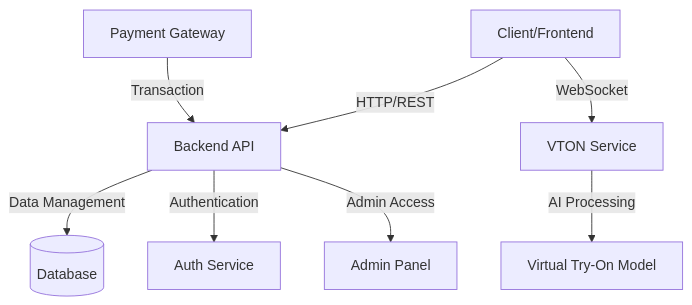
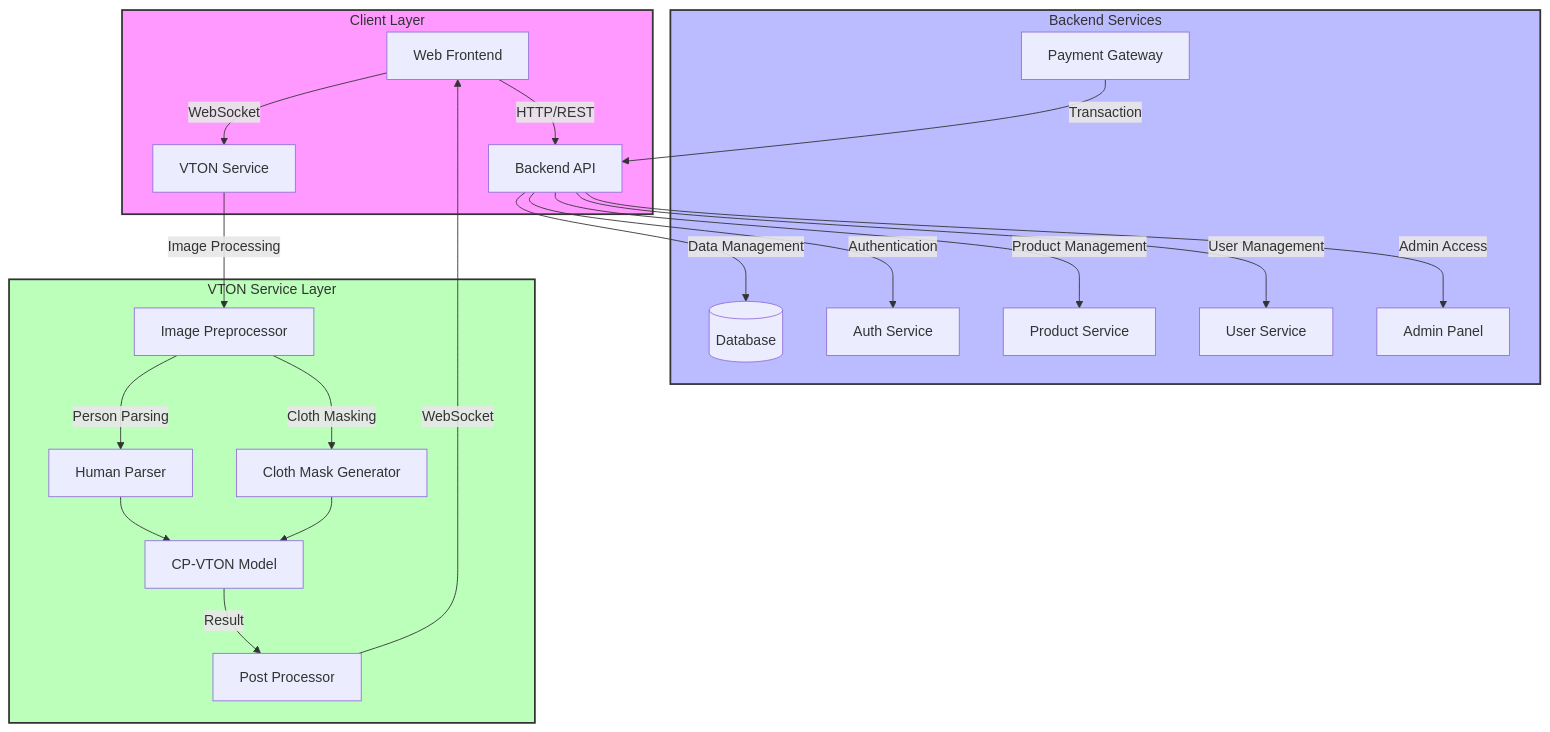
The first of 3 diagrams in README.md (nithadya/Clothes-VTON-E-Commerce-Platform), drawn with Mermaid before and after one commit. The commit also changed other lines of this file, not shown here.

Commit message:
system architecture updated

````diff
--- a/README.md
+++ b/README.md
@@ -19,10 +19,29 @@
 ```mermaid
 graph TD
-    A[Client/Frontend] -->|HTTP/REST| B[Backend API]
-    B -->|Data Management| C[(Database)]
-    B -->|Authentication| D[Auth Service]
-    A -->|WebSocket| E[VTON Service]
-    E -->|AI Processing| F[Virtual Try-On Model]
-    B -->|Admin Access| G[Admin Panel]
-    H[Payment Gateway] -->|Transaction| B
+    subgraph Client[Client Layer]
+        A[Web Frontend] -->|HTTP/REST| B[Backend API]
+        A -->|WebSocket| V[VTON Service]
+    end
+
+    subgraph Backend[Backend Services]
+        B -->|Data Management| C[(Database)]
+        B -->|Authentication| D[Auth Service]
+        B -->|Product Management| E[Product Service]
+        B -->|User Management| F[User Service]
+        B -->|Admin Access| G[Admin Panel]
+        H[Payment Gateway] -->|Transaction| B
+    end
+
+    subgraph VTON[VTON Service Layer]
+        V -->|Image Processing| V1[Image Preprocessor]
+        V1 -->|Person Parsing| V2[Human Parser]
+        V1 -->|Cloth Masking| V3[Cloth Mask Generator]
+        V2 & V3 --> V4[CP-VTON Model]
+        V4 -->|Result| V5[Post Processor]
+        V5 -->|WebSocket| A
+    end
+
+    style Client fill:#f9f,stroke:#333,stroke-width:2px
+    style Backend fill:#bbf,stroke:#333,stroke-width:2px
+    style VTON fill:#bfb,stroke:#333,stroke-width:2px
 ```
````
